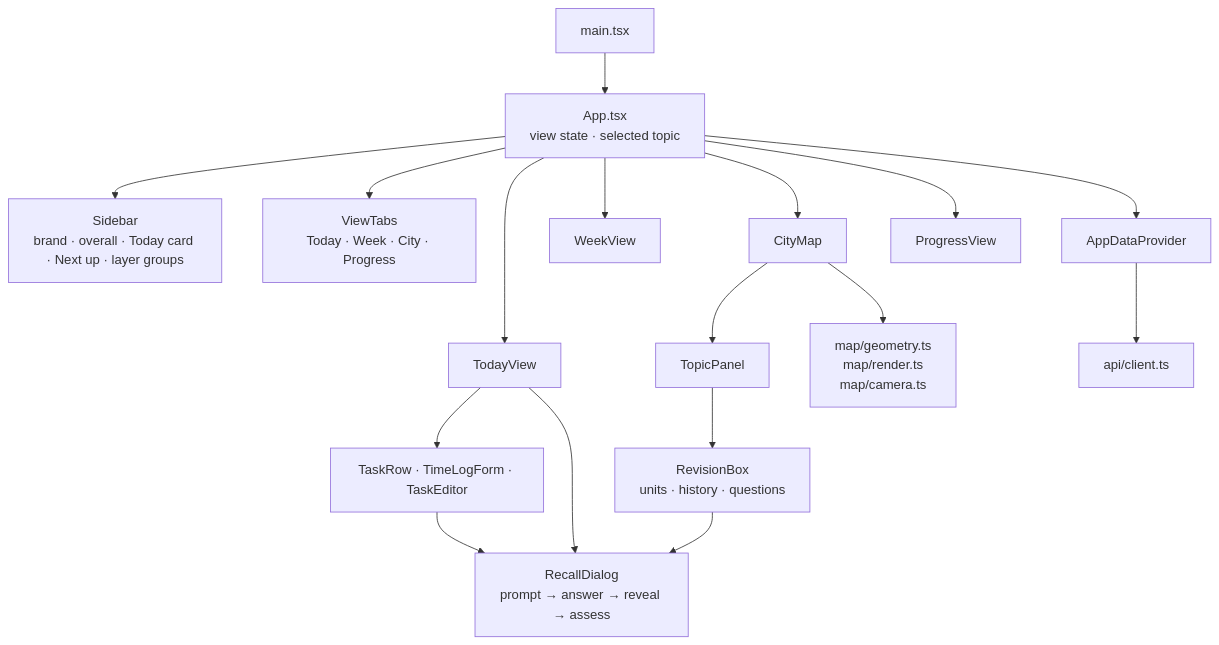
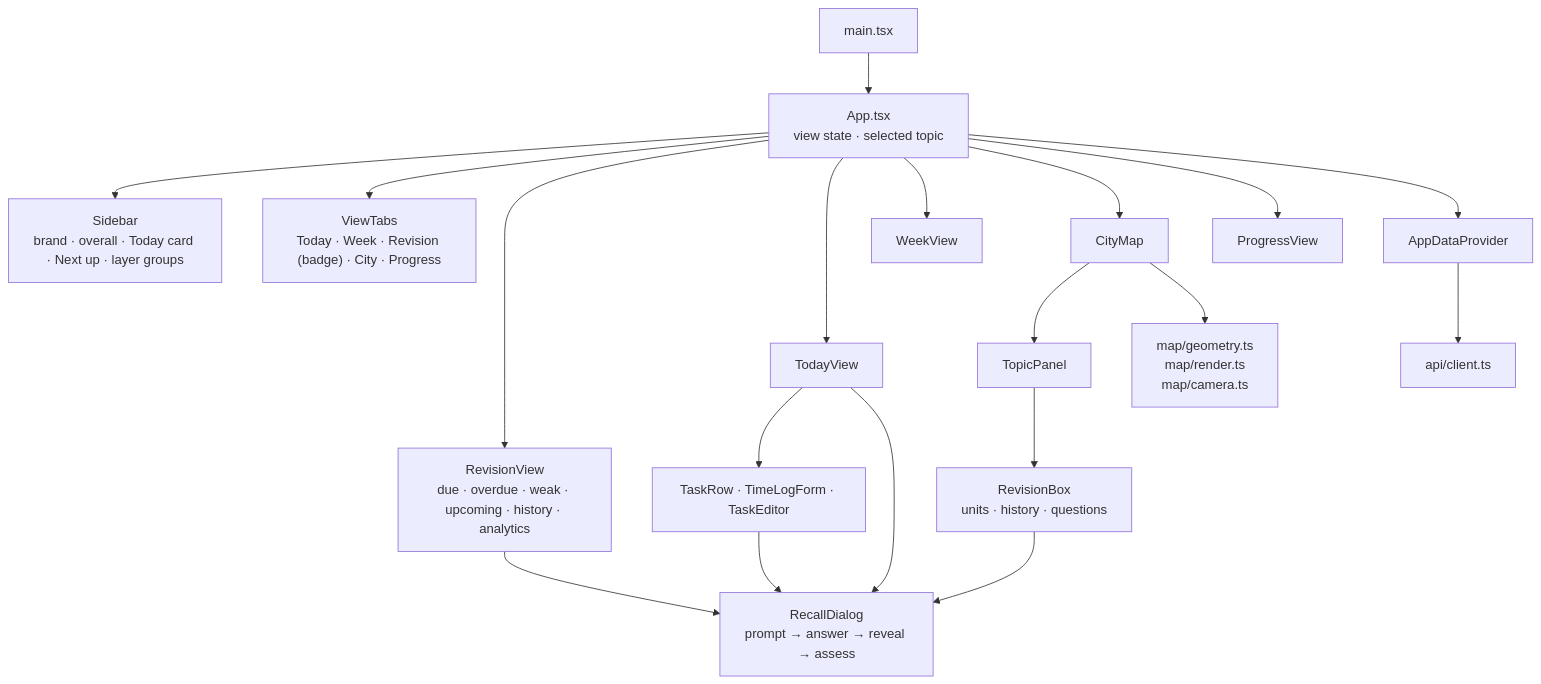
Before and after one commit to Abinash-Anand/Blueprint: the third of 10 diagrams in docs/HLD.md, drawn with Mermaid. The commit also changed other lines of this file and 20 other files, not shown here.

First line of the commit message:
Add Revision section, due indicators and separate recall analytics

````diff
--- a/docs/HLD.md
+++ b/docs/HLD.md
@@ -84,17 +85,18 @@
 ```mermaid
 flowchart TB
   MAIN["main.tsx"] --> APPX["App.tsx<br/>view state · selected topic"]
   APPX --> SIDE["Sidebar<br/>brand · overall · Today card · Next up · layer groups"]
-  APPX --> TABS["ViewTabs<br/>Today · Week · City · Progress"]
+  APPX --> TABS["ViewTabs<br/>Today · Week · Revision (badge) · City · Progress"]
+  APPX --> RVV["RevisionView<br/>due · overdue · weak · upcoming · history · analytics"]
   APPX --> TV["TodayView"]
   APPX --> WV["WeekView"]
   APPX --> CM["CityMap"]
   APPX --> PV["ProgressView"]
   CM --> TP["TopicPanel"]
   TP --> RB["RevisionBox<br/>units · history · questions"]
   TV --> TR["TaskRow · TimeLogForm · TaskEditor"]
-  RB & TR & TV --> RD["RecallDialog<br/>prompt → answer → reveal → assess"]
+  RB & TR & TV & RVV --> RD["RecallDialog<br/>prompt → answer → reveal → assess"]
   CM --> ENG["map/geometry.ts<br/>map/render.ts<br/>map/camera.ts"]
   APPX --> CTX["AppDataProvider"]
   CTX --> API["api/client.ts"]
 ```
````
